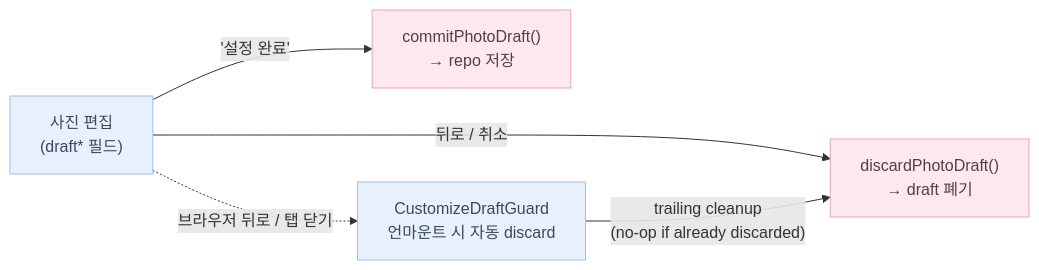
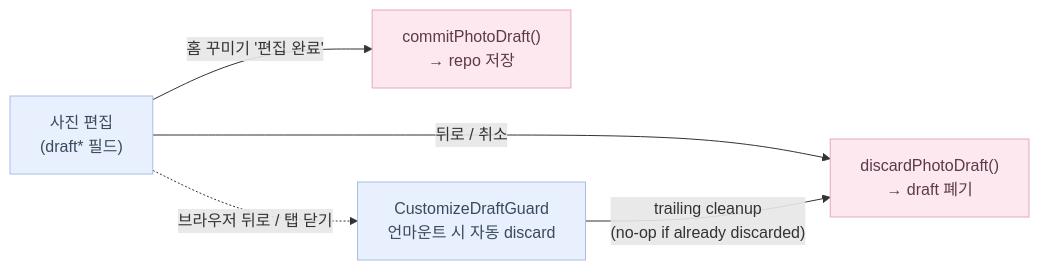
Before and after one commit to soojjung/dwee-wellness-tracker: the second of 6 diagrams in docs/flows/customize.md, drawn with Mermaid. The commit also changed other lines of this file and 52 other files, not shown here.

````diff
--- a/docs/flows/customize.md
+++ b/docs/flows/customize.md
@@ -46,17 +46,17 @@
 ```mermaid
 flowchart LR
     Edit["사진 편집\n(draft* 필드)"]
     Confirm["commitPhotoDraft()\n→ repo 저장"]
     Discard["discardPhotoDraft()\n→ draft 폐기"]
     Guard["CustomizeDraftGuard\n언마운트 시 자동 discard"]
 
-    Edit -->|"'설정 완료'"| Confirm
+    Edit -->|"홈 꾸미기 '편집 완료'"| Confirm
     Edit -->|"뒤로 / 취소"| Discard
     Edit -.->|"브라우저 뒤로 / 탭 닫기"| Guard
     Guard -->|"trailing cleanup\n(no-op if already discarded)"| Discard
 
     classDef logic fill:#E8F0FD,stroke:#A8BDE5,color:#3A4A5C;
     classDef ui fill:#FDE8EF,stroke:#E5A8BD,color:#5C3A4A;
     class Edit,Guard logic;
     class Confirm,Discard ui;
 ```
````
